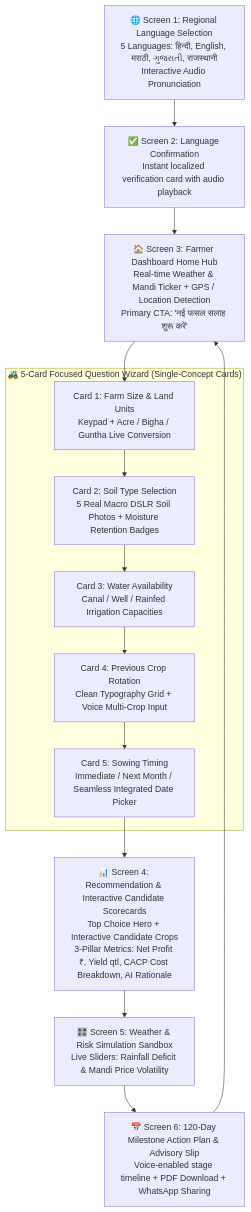
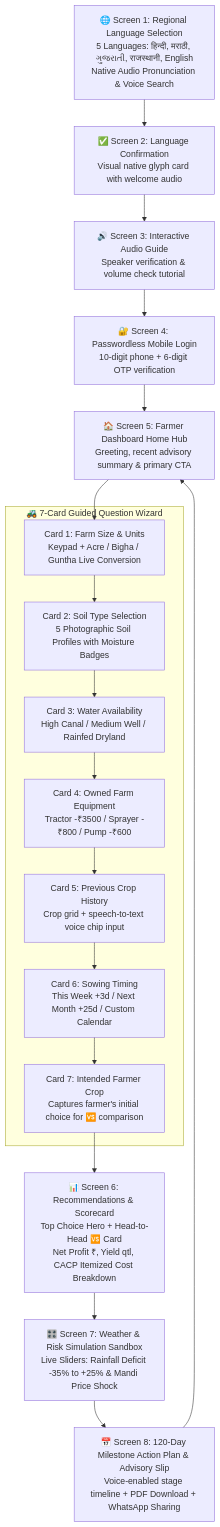
Before and after one commit to sujeetaionly/agri-decide-sih: the diagram in 02_user_flow.md, drawn with Mermaid. The commit also changed other lines of this file and 40 other files, not shown here.

Commit message:
feat(deck): finalize Slide 3 technical architecture and clean SVG layout

````diff
--- a/02_user_flow.md
+++ b/02_user_flow.md
@@ -8,22 +8,26 @@
 ```mermaid
 flowchart TD
-    L1[🌐 Screen 1: Regional Language Selection\n5 Languages: हिन्दी, English, मराठी, ગુજરાતી, राजस्थानी\nInteractive Audio Pronunciation] --> L2[✅ Screen 2: Language Confirmation\nInstant localized verification card with audio playback]
-    L2 --> H1[🏠 Screen 3: Farmer Dashboard Home Hub\nReal-time Weather & Mandi Ticker + GPS / Location Detection\nPrimary CTA: 'नई फसल सलाह शुरू करें']
+    L1[🌐 Screen 1: Regional Language Selection\n5 Languages: हिन्दी, मराठी, ગુજરાતી, राजस्थानी, English\nNative Audio Pronunciation & Voice Search] --> L2[✅ Screen 2: Language Confirmation\nVisual native glyph card with welcome audio]
+    L2 --> L3[🔊 Screen 3: Interactive Audio Guide\nSpeaker verification & volume check tutorial]
+    L3 --> L4[🔐 Screen 4: Passwordless Mobile Login\n10-digit phone + 6-digit OTP verification]
+    L4 --> H1[🏠 Screen 5: Farmer Dashboard Home Hub\nGreeting, recent advisory summary & primary CTA]
     
-    subgraph WIZARD ["🚜 5-Card Focused Question Wizard (Single-Concept Cards)"]
-        W1[Card 1: Farm Size & Land Units\nKeypad + Acre / Bigha / Guntha Live Conversion]
-        W2[Card 2: Soil Type Selection\n5 Real Macro DSLR Soil Photos + Moisture Retention Badges]
-        W3[Card 3: Water Availability\nCanal / Well / Rainfed Irrigation Capacities]
-        W4[Card 4: Previous Crop Rotation\nClean Typography Grid + Voice Multi-Crop Input]
-        W5[Card 5: Sowing Timing\nImmediate / Next Month / Seamless Integrated Date Picker]
+    subgraph WIZARD ["🚜 7-Card Guided Question Wizard"]
+        W1[Card 1: Farm Size & Units\nKeypad + Acre / Bigha / Guntha Live Conversion]
+        W2[Card 2: Soil Type Selection\n5 Photographic Soil Profiles with Moisture Badges]
+        W3[Card 3: Water Availability\nHigh Canal / Medium Well / Rainfed Dryland]
+        W4[Card 4: Owned Farm Equipment\nTractor -₹3500 / Sprayer -₹800 / Pump -₹600]
+        W5[Card 5: Previous Crop History\nCrop grid + speech-to-text voice chip input]
+        W6[Card 6: Sowing Timing\nThis Week +3d / Next Month +25d / Custom Calendar]
+        W7[Card 7: Intended Farmer Crop\nCaptures farmer's initial choice for 🆚 comparison]
         
-        W1 --> W2 --> W3 --> W4 --> W5
+        W1 --> W2 --> W3 --> W4 --> W5 --> W6 --> W7
     end
     
     H1 --> W1
     
-    W5 --> R1[📊 Screen 4: Recommendation & Interactive Candidate Scorecards\nTop Choice Hero + Interactive Candidate Crops\n3-Pillar Metrics: Net Profit ₹, Yield qtl, CACP Cost Breakdown, AI Rationale]
-    R1 --> R2[🎛️ Screen 5: Weather & Risk Simulation Sandbox\nLive Sliders: Rainfall Deficit & Mandi Price Volatility]
-    R2 --> R3[📅 Screen 6: 120-Day Milestone Action Plan & Advisory Slip\nVoice-enabled stage timeline + PDF Download + WhatsApp Sharing]
+    W7 --> R1[📊 Screen 6: Recommendations & Scorecard\nTop Choice Hero + Head-to-Head 🆚 Card\nNet Profit ₹, Yield qtl, CACP Itemized Cost Breakdown]
+    R1 --> R2[🎛️ Screen 7: Weather & Risk Simulation Sandbox\nLive Sliders: Rainfall Deficit -35% to +25% & Mandi Price Shock]
+    R2 --> R3[📅 Screen 8: 120-Day Milestone Action Plan & Advisory Slip\nVoice-enabled stage timeline + PDF Download + WhatsApp Sharing]
     R3 --> H1
 ```
````
